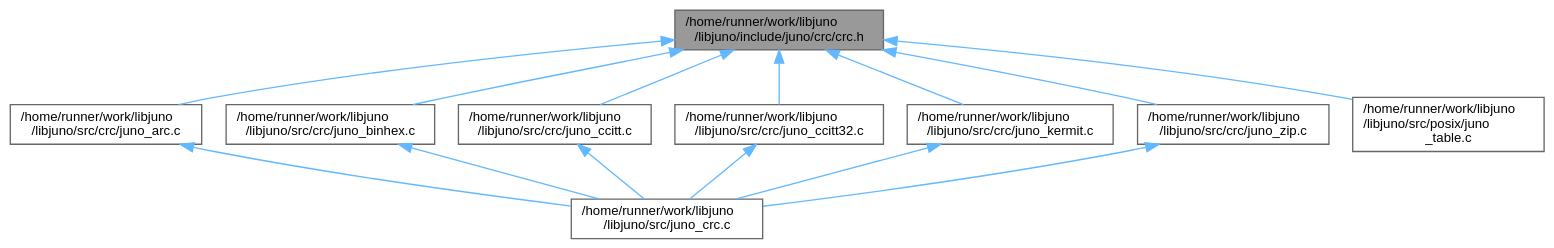
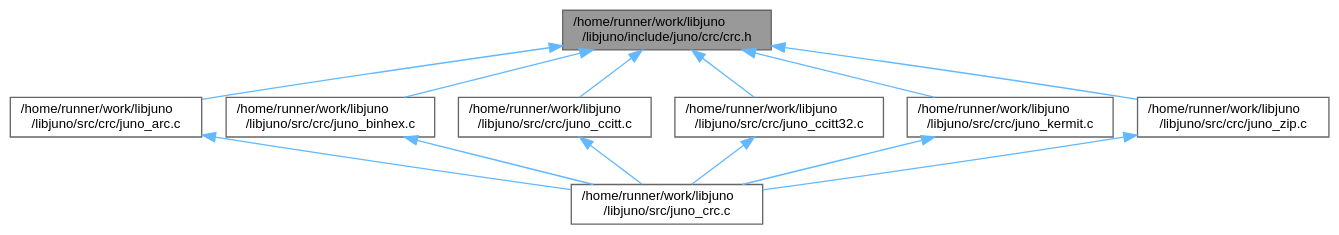
Before and after one commit to robinonsay/libjuno: the diagram in crc_8h__dep__incl.dot, drawn with Graphviz. The commit also changed 272 other files, not shown here.

```diff
--- a/crc_8h__dep__incl.dot
+++ b/crc_8h__dep__incl.dot
@@ -1,29 +1,27 @@
 digraph "/home/runner/work/libjuno/libjuno/include/juno/crc/crc.h"
 {
  // LATEX_PDF_SIZE
   bgcolor="transparent";
   edge [fontname=Helvetica,fontsize=10,labelfontname=Helvetica,labelfontsize=10];
   node [fontname=Helvetica,fontsize=10,shape=box,height=0.2,width=0.4];
   Node1 [id="Node000001",label="/home/runner/work/libjuno\l/libjuno/include/juno/crc/crc.h",height=0.2,width=0.4,color="gray40", fillcolor="grey60", style="filled", fontcolor="black",tooltip=" "];
   Node1 -> Node2 [id="edge1_Node000001_Node000002",dir="back",color="steelblue1",style="solid",tooltip=" "];
   Node2 [id="Node000002",label="/home/runner/work/libjuno\l/libjuno/src/crc/juno_arc.c",height=0.2,width=0.4,color="grey40", fillcolor="white", style="filled",URL="$juno__arc_8c.html",tooltip=" "];
   Node2 -> Node3 [id="edge2_Node000002_Node000003",dir="back",color="steelblue1",style="solid",tooltip=" "];
   Node3 [id="Node000003",label="/home/runner/work/libjuno\l/libjuno/src/juno_crc.c",height=0.2,width=0.4,color="grey40", fillcolor="white", style="filled",URL="$juno__crc_8c.html",tooltip=" "];
   Node1 -> Node4 [id="edge3_Node000001_Node000004",dir="back",color="steelblue1",style="solid",tooltip=" "];
   Node4 [id="Node000004",label="/home/runner/work/libjuno\l/libjuno/src/crc/juno_binhex.c",height=0.2,width=0.4,color="grey40", fillcolor="white", style="filled",URL="$juno__binhex_8c.html",tooltip=" "];
   Node4 -> Node3 [id="edge4_Node000004_Node000003",dir="back",color="steelblue1",style="solid",tooltip=" "];
   Node1 -> Node5 [id="edge5_Node000001_Node000005",dir="back",color="steelblue1",style="solid",tooltip=" "];
   Node5 [id="Node000005",label="/home/runner/work/libjuno\l/libjuno/src/crc/juno_ccitt.c",height=0.2,width=0.4,color="grey40", fillcolor="white", style="filled",URL="$juno__ccitt_8c.html",tooltip=" "];
   Node5 -> Node3 [id="edge6_Node000005_Node000003",dir="back",color="steelblue1",style="solid",tooltip=" "];
   Node1 -> Node6 [id="edge7_Node000001_Node000006",dir="back",color="steelblue1",style="solid",tooltip=" "];
   Node6 [id="Node000006",label="/home/runner/work/libjuno\l/libjuno/src/crc/juno_ccitt32.c",height=0.2,width=0.4,color="grey40", fillcolor="white", style="filled",URL="$juno__ccitt32_8c.html",tooltip=" "];
   Node6 -> Node3 [id="edge8_Node000006_Node000003",dir="back",color="steelblue1",style="solid",tooltip=" "];
   Node1 -> Node7 [id="edge9_Node000001_Node000007",dir="back",color="steelblue1",style="solid",tooltip=" "];
   Node7 [id="Node000007",label="/home/runner/work/libjuno\l/libjuno/src/crc/juno_kermit.c",height=0.2,width=0.4,color="grey40", fillcolor="white", style="filled",URL="$juno__kermit_8c.html",tooltip=" "];
   Node7 -> Node3 [id="edge10_Node000007_Node000003",dir="back",color="steelblue1",style="solid",tooltip=" "];
   Node1 -> Node8 [id="edge11_Node000001_Node000008",dir="back",color="steelblue1",style="solid",tooltip=" "];
   Node8 [id="Node000008",label="/home/runner/work/libjuno\l/libjuno/src/crc/juno_zip.c",height=0.2,width=0.4,color="grey40", fillcolor="white", style="filled",URL="$juno__zip_8c.html",tooltip=" "];
   Node8 -> Node3 [id="edge12_Node000008_Node000003",dir="back",color="steelblue1",style="solid",tooltip=" "];
-  Node1 -> Node9 [id="edge13_Node000001_Node000009",dir="back",color="steelblue1",style="solid",tooltip=" "];
-  Node9 [id="Node000009",label="/home/runner/work/libjuno\l/libjuno/src/posix/juno\l_table.c",height=0.2,width=0.4,color="grey40", fillcolor="white", style="filled",URL="$juno__table_8c.html",tooltip=" "];
 }
```
